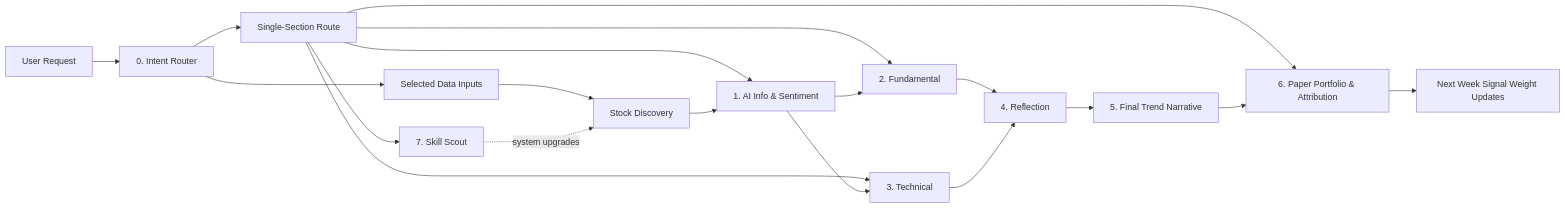
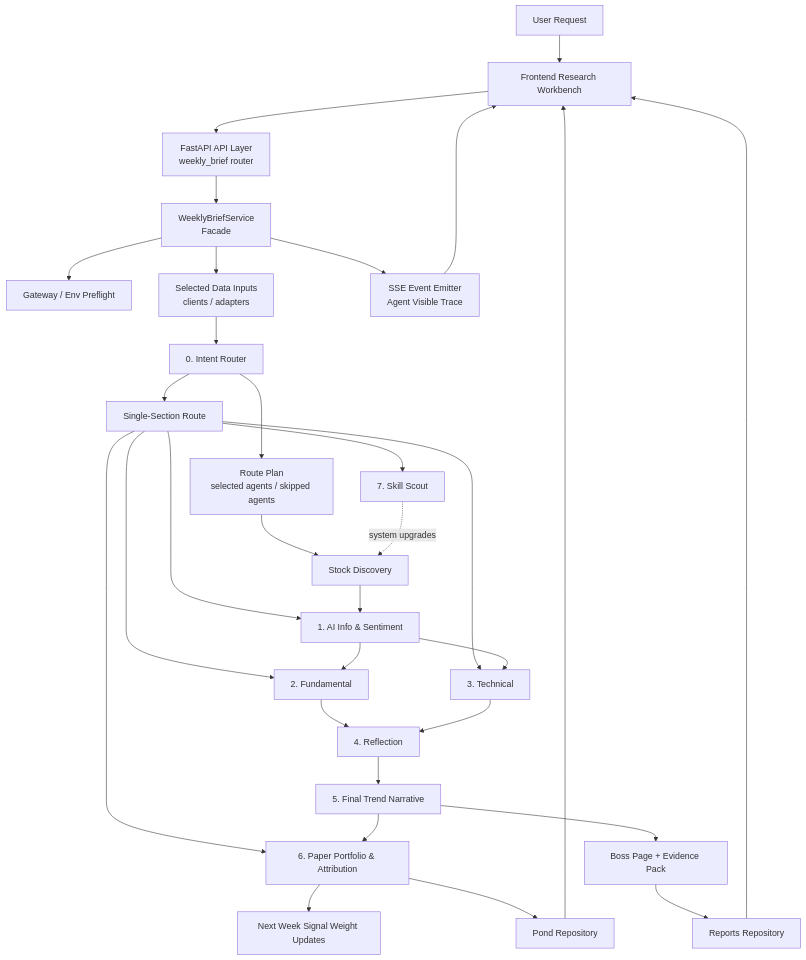
The diagram in docs/agent-responsibilities.md (berylinureye/ai-us-stock-research-agency), drawn with Mermaid before and after one commit. The commit also changed other lines of this file and 7 other files, not shown here.

Commit message:
docs: align architecture docs with FastAPI refactor plan

````diff
--- a/docs/agent-responsibilities.md
+++ b/docs/agent-responsibilities.md
@@ -11,21 +12,34 @@
 ```mermaid
-flowchart LR
-    U["User Request"] --> R["0. Intent Router"]
-    R --> A["Selected Data Inputs"]
+flowchart TD
+    U["User Request"] --> FE["Frontend Research Workbench"]
+    FE --> API["FastAPI API Layer<br/>weekly_brief router"]
+    API --> SVC["WeeklyBriefService<br/>Facade"]
+    SVC --> PRE["Gateway / Env Preflight"]
+    SVC --> DATA["Selected Data Inputs<br/>clients / adapters"]
+    SVC --> TRACE["SSE Event Emitter<br/>Agent Visible Trace"]
+
+    DATA --> R["0. Intent Router"]
+    R --> A["Route Plan<br/>selected agents / skipped agents"]
     R --> X["Single-Section Route"]
     A --> B["Stock Discovery"]
     X --> C["AI Info & Sentiment"]
     X --> D["Fundamental"]
     X --> E["Technical"]
     X --> H["Paper Attribution"]
     X --> J["Skill Scout"]
     B --> C["1. AI Info & Sentiment"]
     C --> D["2. Fundamental"]
     C --> E["3. Technical"]
     D --> F["4. Reflection"]
     E --> F
     F --> G["5. Final Trend Narrative"]
     G --> H["6. Paper Portfolio & Attribution"]
     H --> I["Next Week Signal Weight Updates"]
+    G --> OUT["Boss Page + Evidence Pack"]
+    OUT --> HIST["Reports Repository"]
+    H --> POND["Pond Repository"]
+    TRACE --> FE
+    HIST --> FE
+    POND --> FE
     J["7. Skill Scout"] -. "system upgrades" .-> B
 ```
````
